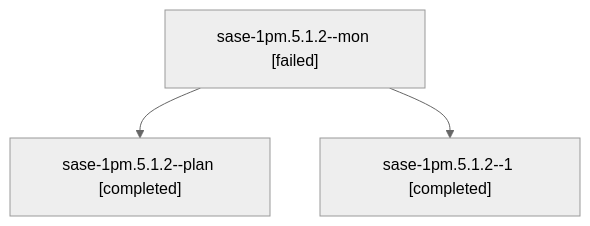
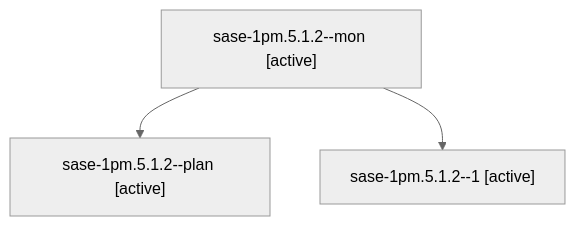
One commit to sase-org/sase--agents changed the diagram in sessions/bbugyi200.athena.sase-1pm.5.1.2.md. Above: the diagram before and after it, drawn with Mermaid (neutral theme). The commit also changed other lines of this file and 106 other files, not shown here.

````diff
--- a/sessions/bbugyi200.athena.sase-1pm.5.1.2.md
+++ b/sessions/bbugyi200.athena.sase-1pm.5.1.2.md
@@ -9,8 +9,8 @@
 ```mermaid
 flowchart TD
-  n0["sase-1pm.5.1.2--mon [failed]"]
-  n1["sase-1pm.5.1.2--plan [completed]"]
+  n0["sase-1pm.5.1.2--mon [active]"]
+  n1["sase-1pm.5.1.2--plan [active]"]
   n0 --> n1
-  n2["sase-1pm.5.1.2--1 [completed]"]
+  n2["sase-1pm.5.1.2--1 [active]"]
   n0 --> n2
 ```
````
